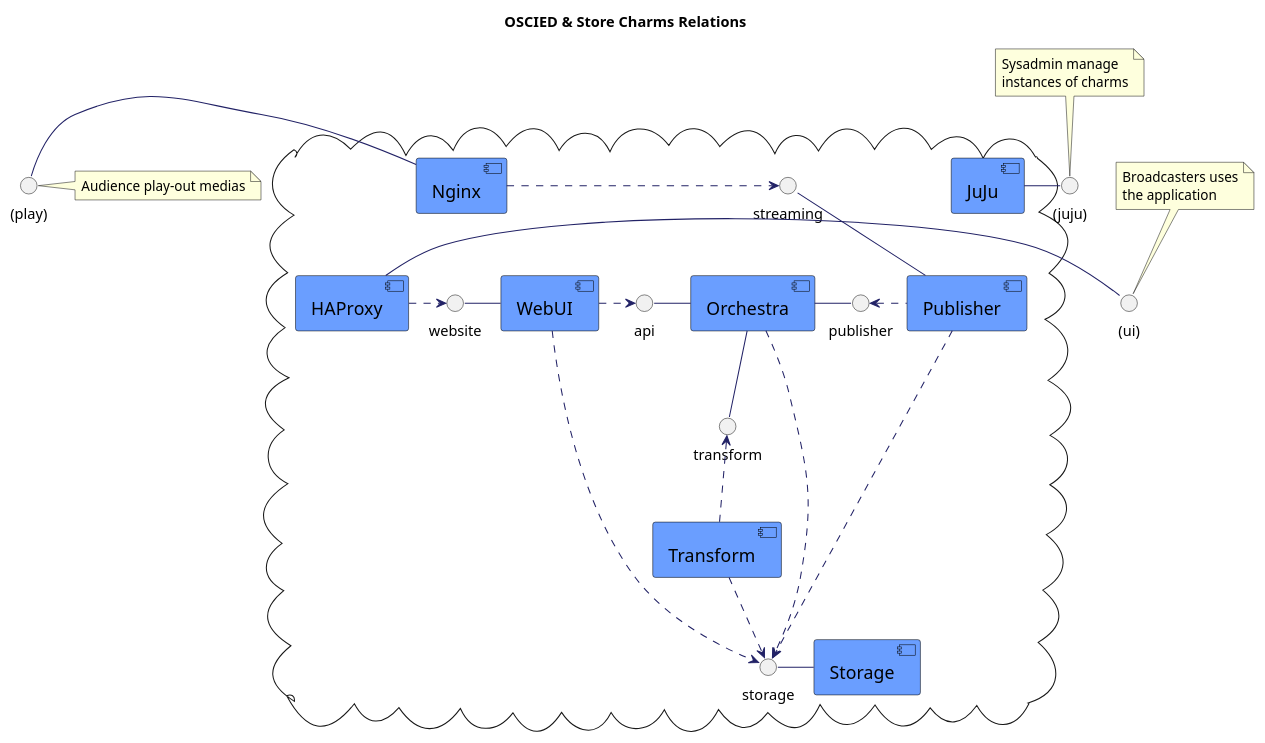
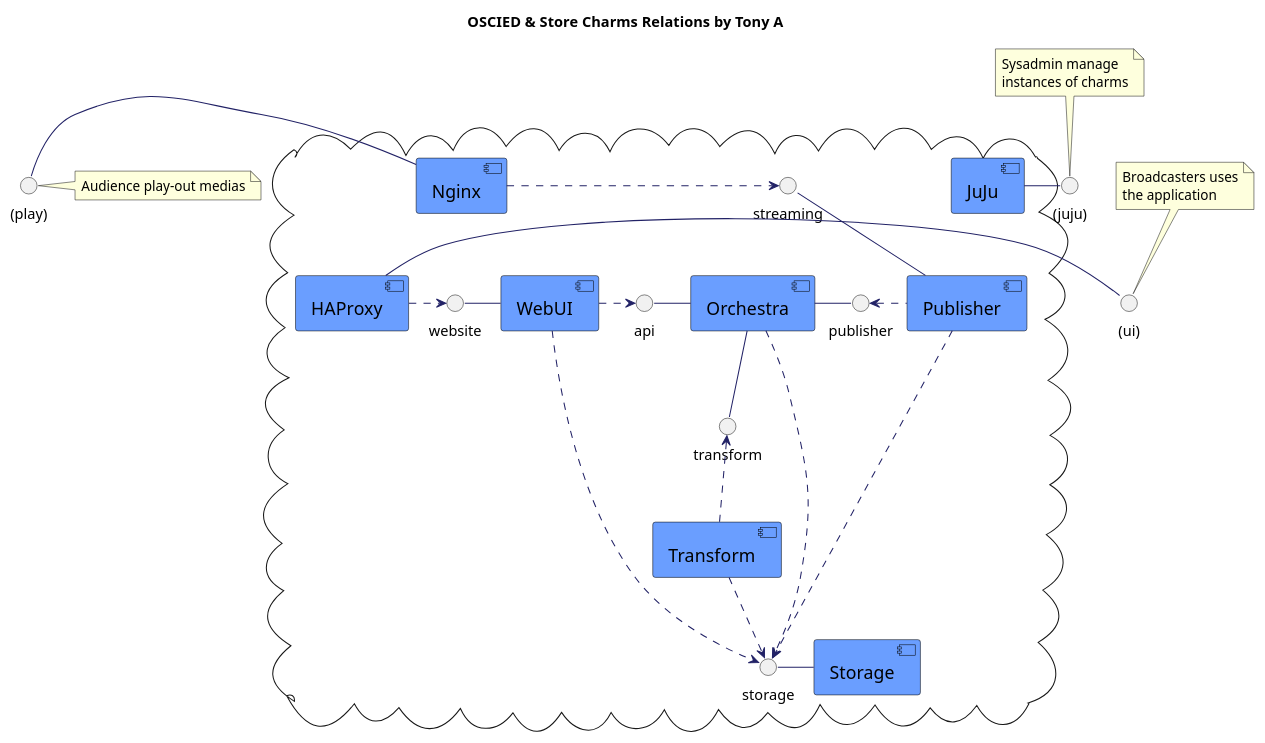
One commit to pangealab/athena changed the diagram in puml/samples/component-application.puml. Above: the diagram before and after it, drawn with PlantUML. The commit also changed 453 other files, not shown here.

```diff
--- a/puml/samples/component-application.puml
+++ b/puml/samples/component-application.puml
@@ -1,61 +1,61 @@
 @startuml
 
 skinparam component {
     FontColor          black
     AttributeFontColor black
     FontSize           17
     AttributeFontSize  15
     AttributeFontname  Droid Sans Mono
     BackgroundColor    #6A9EFF
     BorderColor        black
     ArrowColor         #222266
 }
 
-title OSCIED & Store Charms Relations
+title OSCIED & Store Charms Relations by Tony A
 skinparam componentStyle uml2
 
 interface "(ui)" as ui
 interface "(play)" as stream
 interface "(juju)" as juju
 
 note right of stream : Audience play-out medias
 note top of ui : Broadcasters uses\nthe application
 note top of juju : Sysadmin manage\ninstances of charms
 
 cloud {
 
     interface api
     interface storage
     interface streaming
     interface transform
     interface publisher
     interface website
 
     juju -left- [JuJu]
 
     ui -right- [HAProxy]
     [HAProxy] .right.> website
 
     website -right- [WebUI]
     [WebUI] ..> storage
     [WebUI] .right.> api
 
     api -right- [Orchestra]
     transform -up- [Orchestra]
     publisher -left- [Orchestra]
     [Orchestra] ..> storage
 
     [Transform] ..> storage
     [Transform] .up.> transform
 
     streaming -- [Publisher]
     [Publisher] ..> storage
     [Publisher] .left.> publisher
 
     stream - [Nginx]
     [Nginx] .right.> streaming
 
     storage - [Storage]
 }
 
 @enduml
```
